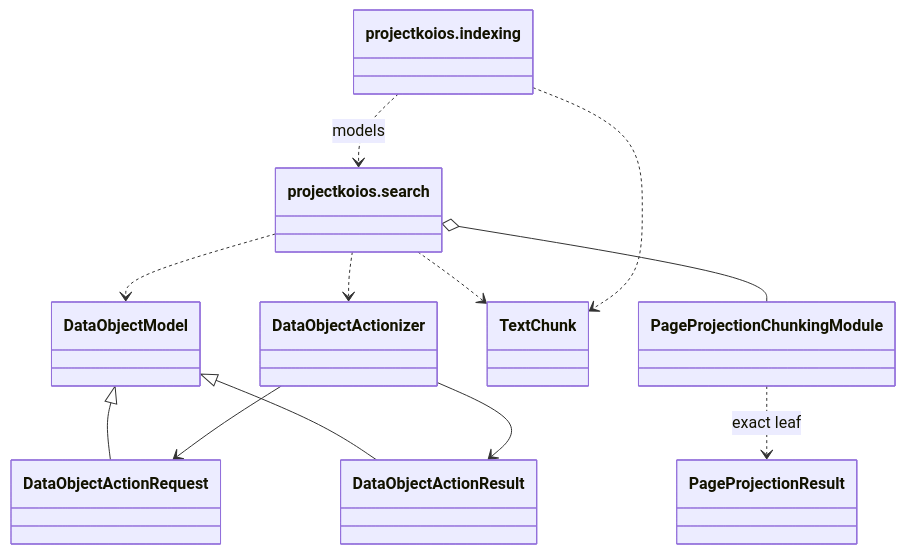
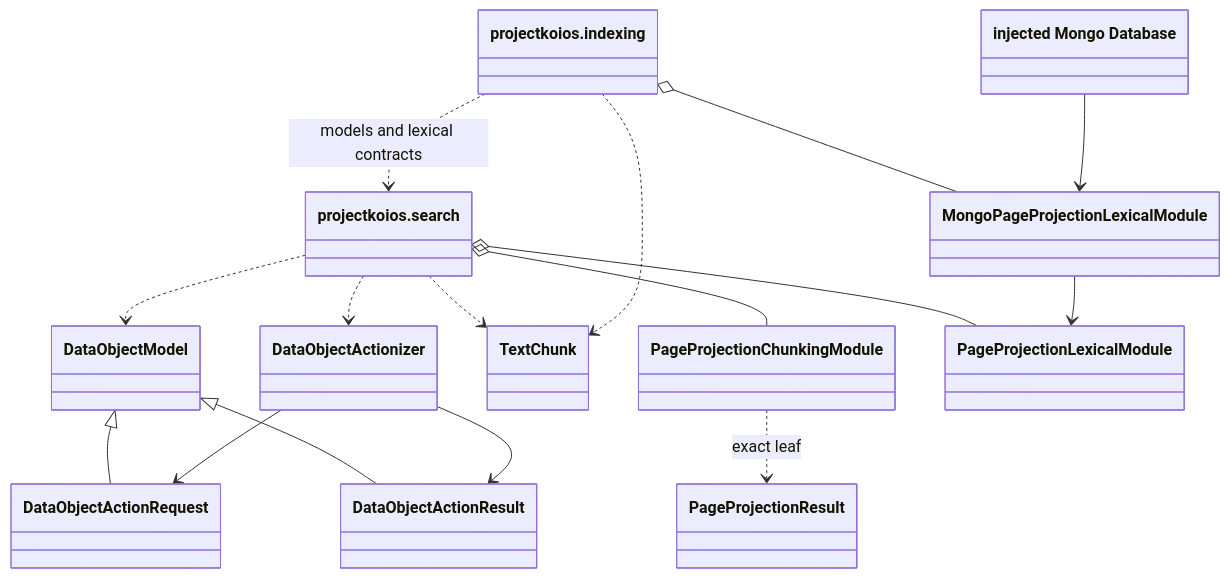
One commit to eragasa/projectkoios-search changed the diagram in docs/architecture/projectkoios/implementation.md. Above: the diagram before and after it, drawn with Mermaid. The commit also changed other lines of this file and 42 other files, not shown here.

Commit message:
Implement Mongo page-projection lexical index

````diff
--- a/docs/architecture/projectkoios/implementation.md
+++ b/docs/architecture/projectkoios/implementation.md
@@ -7,24 +7,31 @@
 ```mermaid
 classDiagram
     class DataObjectModel
     class DataObjectActionRequest
     class DataObjectActionResult
     class DataObjectActionizer
     class TextChunk
     class PageProjectionResult
     class PageProjectionChunkingModule
+    class PageProjectionLexicalModule
+    class MongoPageProjectionLexicalModule
+    class MongoDatabase["injected Mongo Database"]
     class SearchPackage["projectkoios.search"]
     class IndexingPackage["projectkoios.indexing"]
 
     DataObjectModel <|-- DataObjectActionRequest
     DataObjectModel <|-- DataObjectActionResult
     DataObjectActionizer --> DataObjectActionRequest
     DataObjectActionizer --> DataObjectActionResult
     SearchPackage ..> DataObjectModel
     SearchPackage ..> DataObjectActionizer
     PageProjectionChunkingModule ..> PageProjectionResult : exact leaf
     SearchPackage o-- PageProjectionChunkingModule
+    SearchPackage o-- PageProjectionLexicalModule
     SearchPackage ..> TextChunk
     IndexingPackage ..> TextChunk
-    IndexingPackage ..> SearchPackage : models
+    IndexingPackage ..> SearchPackage : models and lexical contracts
+    IndexingPackage o-- MongoPageProjectionLexicalModule
+    MongoPageProjectionLexicalModule --> PageProjectionLexicalModule
+    MongoDatabase --> MongoPageProjectionLexicalModule
 ```
````
